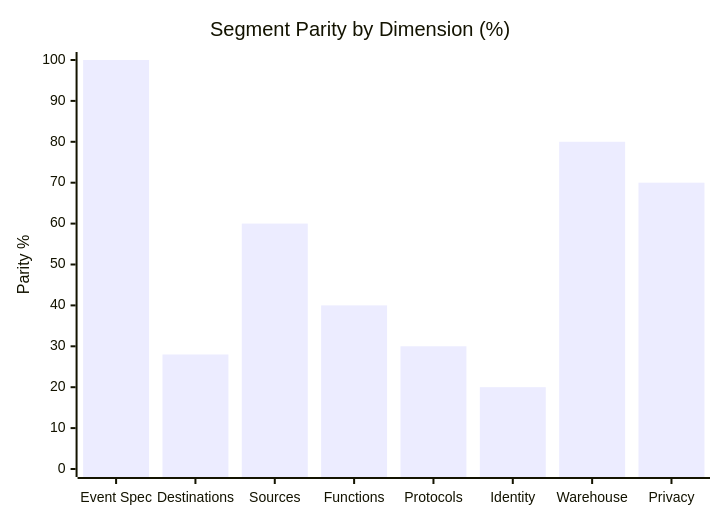
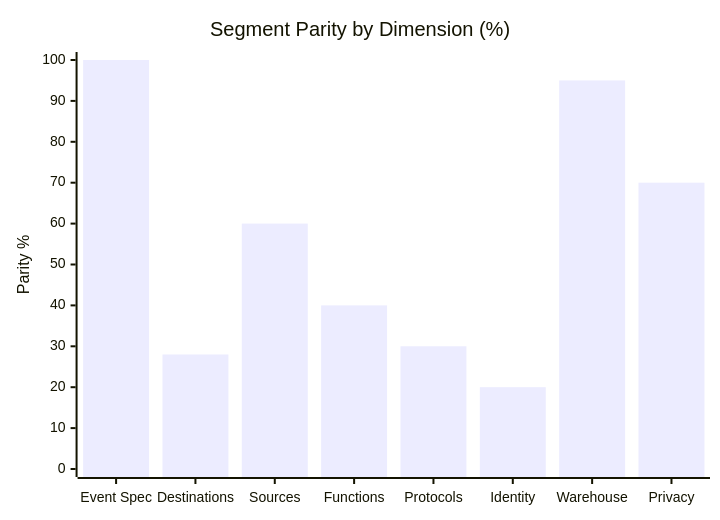
Before and after one commit to Blitzy-Sandbox/blitzy-RudderStack: the first of 3 diagrams in docs/gap-report/index.md, drawn with Mermaid. The commit also changed other lines of this file, not shown here.

````diff
--- a/docs/gap-report/index.md
+++ b/docs/gap-report/index.md
@@ -66,7 +66,7 @@
 ```mermaid
 xychart-beta
     title "Segment Parity by Dimension (%)"
     x-axis ["Event Spec", "Destinations", "Sources", "Functions", "Protocols", "Identity", "Warehouse", "Privacy"]
     y-axis "Parity %" 0 --> 100
-    bar [100, 28, 60, 40, 30, 20, 80, 70]
+    bar [100, 28, 60, 40, 30, 20, 95, 70]
 ```
````
